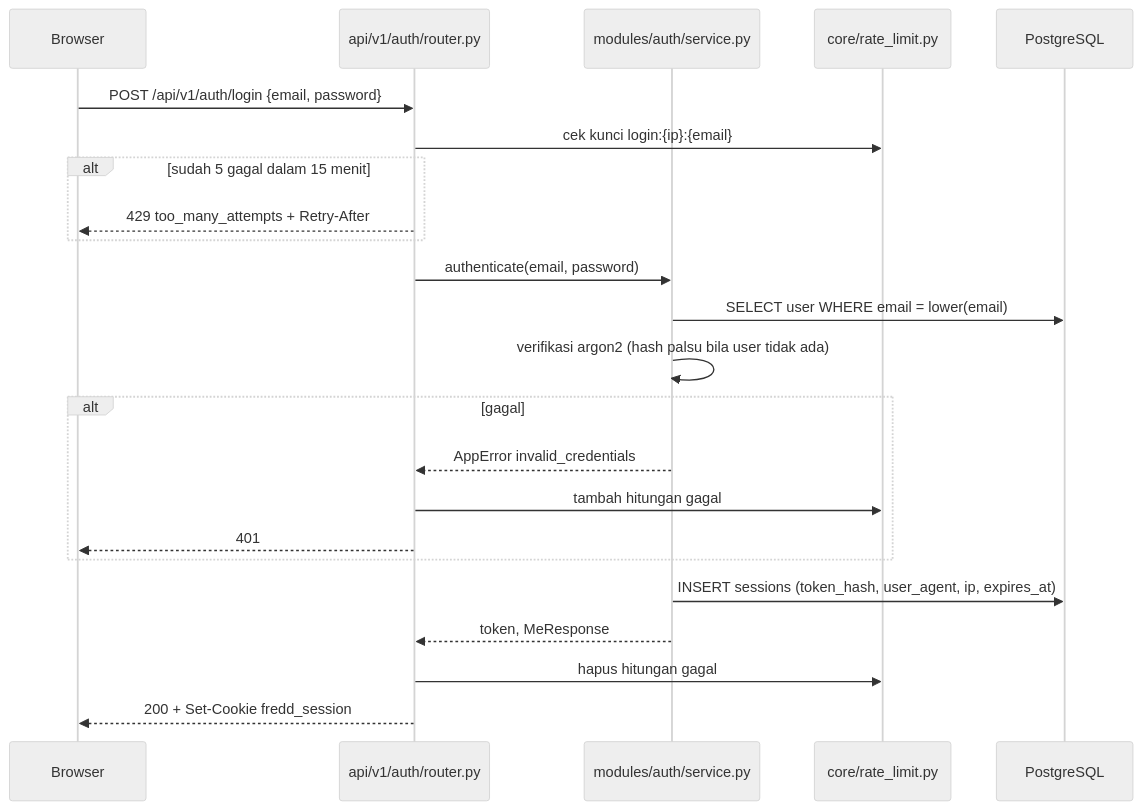
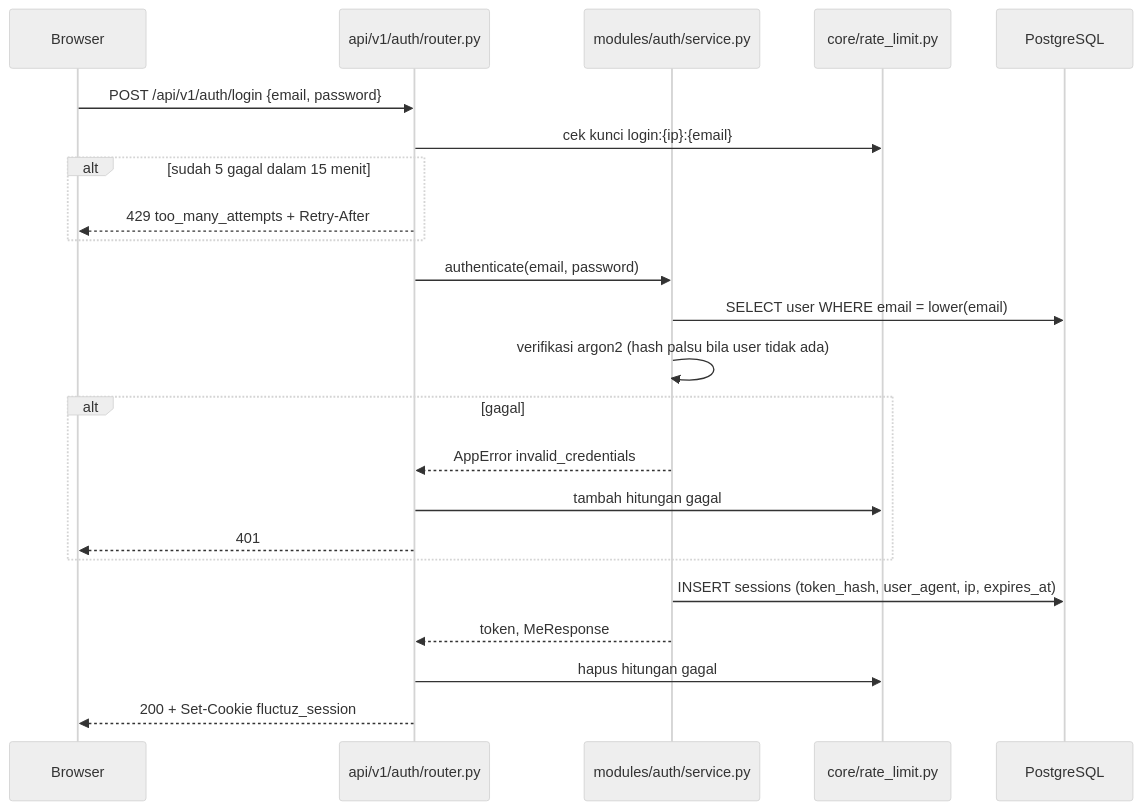
One commit to indrarasyid07/fredd-backend changed the diagram in docs/06-domain-guides/auth.md. Above: the diagram before and after it, drawn with Mermaid (neutral theme). The commit also changed other lines of this file and 35 other files, not shown here.

````diff
--- a/docs/06-domain-guides/auth.md
+++ b/docs/06-domain-guides/auth.md
@@ -103,26 +103,26 @@
 ```mermaid
 sequenceDiagram
   participant B as Browser
   participant R as api/v1/auth/router.py
   participant S as modules/auth/service.py
   participant L as core/rate_limit.py
   participant D as PostgreSQL
 
   B->>R: POST /api/v1/auth/login {email, password}
   R->>L: cek kunci login:{ip}:{email}
   alt sudah 5 gagal dalam 15 menit
     R-->>B: 429 too_many_attempts + Retry-After
   end
   R->>S: authenticate(email, password)
   S->>D: SELECT user WHERE email = lower(email)
   S->>S: verifikasi argon2 (hash palsu bila user tidak ada)
   alt gagal
     S-->>R: AppError invalid_credentials
     R->>L: tambah hitungan gagal
     R-->>B: 401
   end
   S->>D: INSERT sessions (token_hash, user_agent, ip, expires_at)
   S-->>R: token, MeResponse
   R->>L: hapus hitungan gagal
-  R-->>B: 200 + Set-Cookie fredd_session
+  R-->>B: 200 + Set-Cookie fluctuz_session
 ```
````
